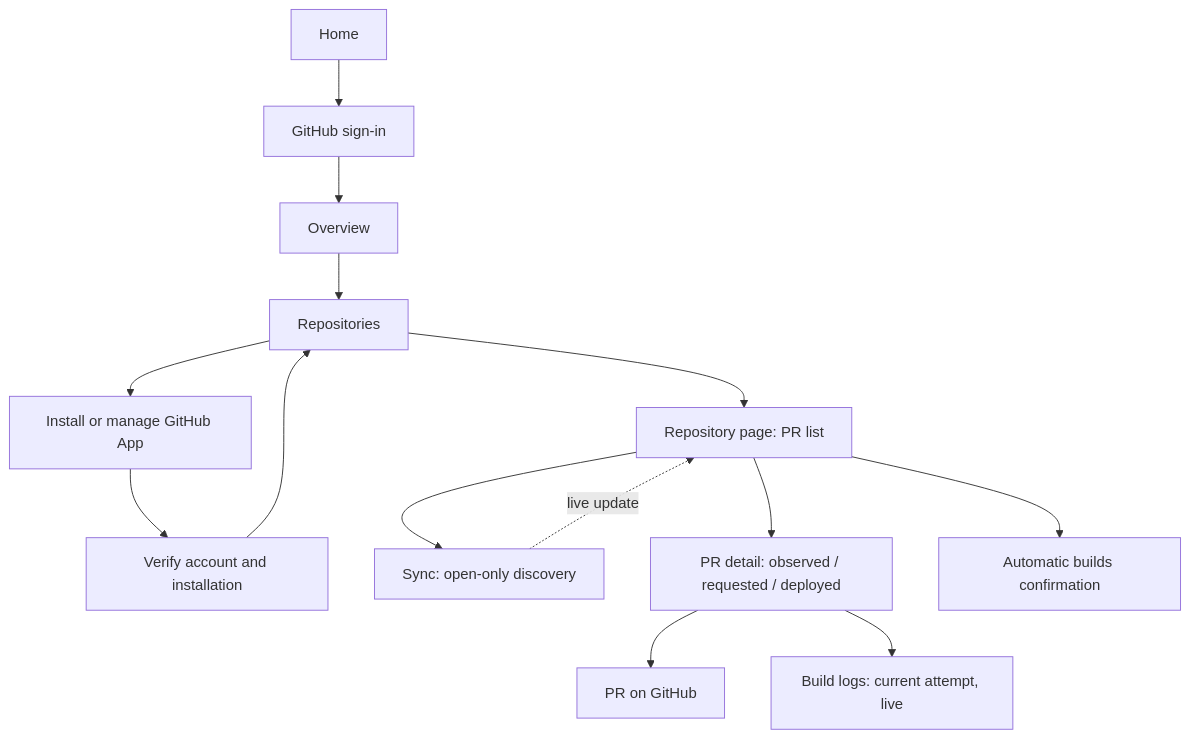
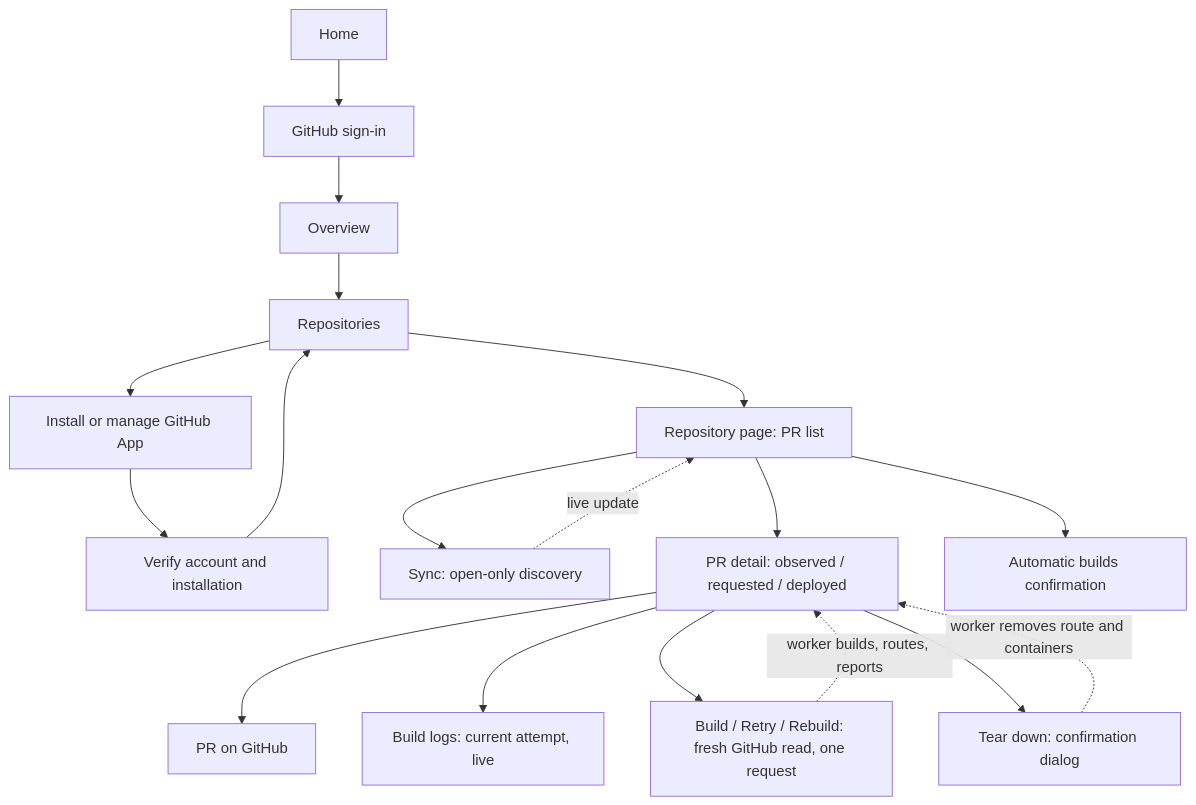
One commit to ajaykathwate/Previa changed the first of 2 diagrams in docs/03-user-guide.md. Above: the diagram before and after it, drawn with Mermaid. The commit also changed other lines of this file and 22 other files, not shown here.

````diff
--- a/docs/03-user-guide.md
+++ b/docs/03-user-guide.md
@@ -185,16 +229,20 @@
 ```mermaid
 flowchart TD
     H[Home] --> L[GitHub sign-in]
     L --> O[Overview]
     O --> R[Repositories]
     R --> I[Install or manage GitHub App]
     I --> V[Verify account and installation]
     V --> R
     R --> D[Repository page: PR list]
     D --> S[Sync: open-only discovery]
     S -.->|live update| D
     D --> P[PR detail: observed / requested / deployed]
     D --> M[Automatic builds confirmation]
     P --> G[PR on GitHub]
     P --> B[Build logs: current attempt, live]
+    P --> Q[Build / Retry / Rebuild: fresh GitHub read, one request]
+    Q -.->|worker builds, routes, reports| P
+    P --> T[Tear down: confirmation dialog]
+    T -.->|worker removes route and containers| P
 ```
````
